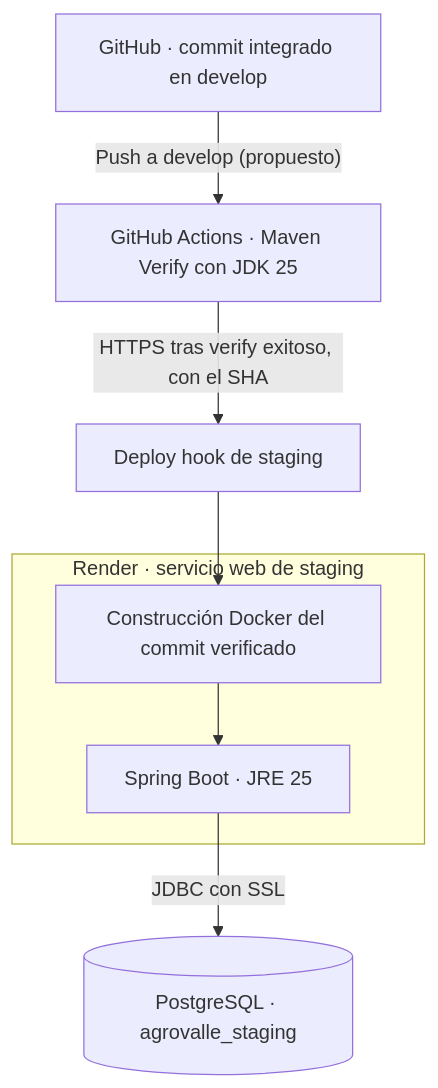
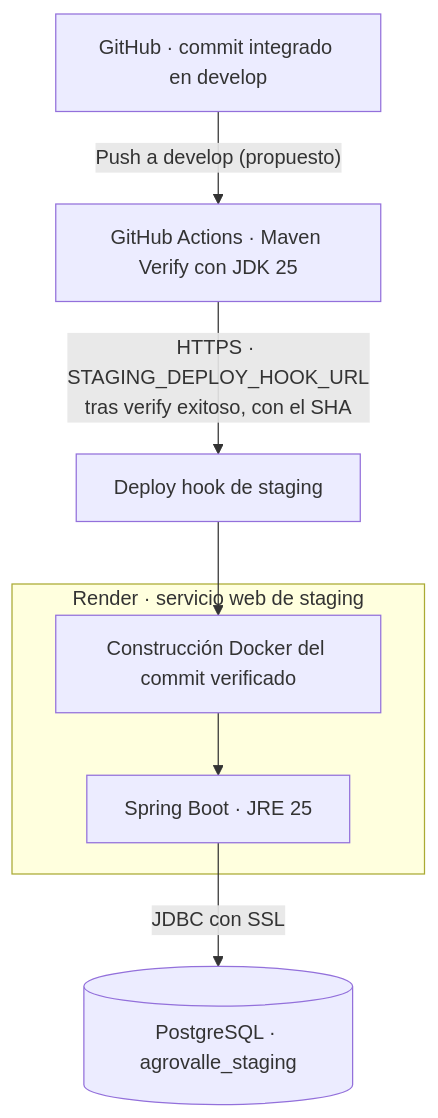
The seventh of 7 diagrams in docs/architecture/diagramas-uml.md (Angel-uniajc/AgrovalleConnect), drawn with Mermaid before and after one commit. The commit also changed 1 other file, not shown here.

Commit message:
docs(T16-DIS): aclarar secretos y condiciones del entorno de staging

````diff
--- a/docs/architecture/diagramas-uml.md
+++ b/docs/architecture/diagramas-uml.md
@@ -236,16 +236,16 @@
 ```mermaid
 flowchart TB
     G["GitHub · commit integrado en develop"]
     CI["GitHub Actions · Maven Verify con JDK 25"]
     H["Deploy hook de staging"]
     subgraph PAAS["Render · servicio web de staging"]
         B["Construcción Docker del commit verificado"]
         A["Spring Boot · JRE 25"]
         B --> A
     end
     DB[("PostgreSQL · agrovalle_staging")]
     G -->|"Push a develop (propuesto)"| CI
-    CI -->|"HTTPS tras verify exitoso, con el SHA"| H
+    CI -->|"HTTPS · STAGING_DEPLOY_HOOK_URL<br/>tras verify exitoso, con el SHA"| H
     H --> B
     A -->|"JDBC con SSL"| DB
 ```
````
